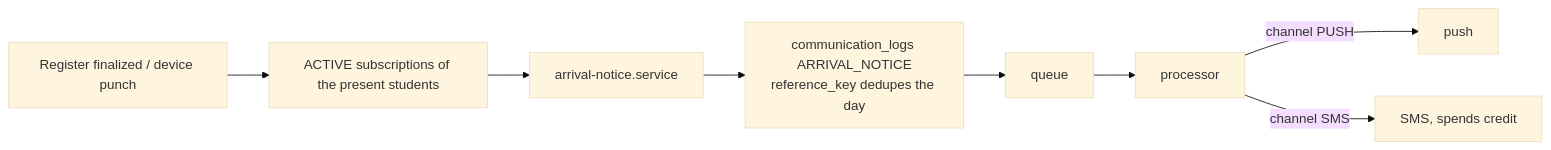
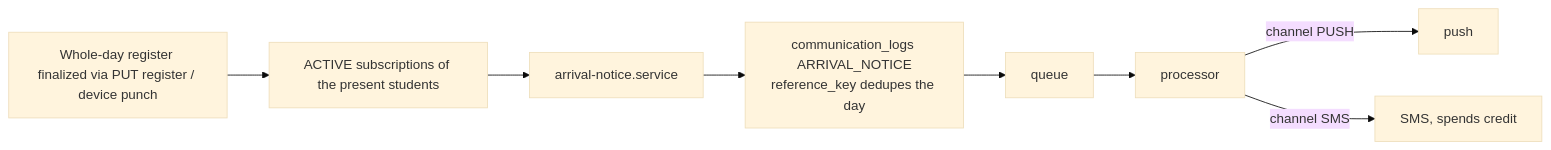
One commit to tareq89/biddaloy changed diagram 12 of 13 in docs/architecture/11-attendance.md. Above: the diagram before and after it, drawn with Mermaid (base theme). The commit also changed other lines of this file and 9 other files, not shown here.

````diff
--- a/docs/architecture/11-attendance.md
+++ b/docs/architecture/11-attendance.md
@@ -844,10 +844,10 @@
 ```mermaid
 flowchart LR
-  R[Register finalized / device punch] --> S[ACTIVE subscriptions of the present students]
+  R[Whole-day register finalized via PUT register / device punch] --> S[ACTIVE subscriptions of the present students]
   S --> N[arrival-notice.service]
   N --> L[communication_logs ARRIVAL_NOTICE<br/>reference_key dedupes the day]
   L --> Q[queue]
   Q --> W[processor]
   W -->|channel PUSH| P[push]
   W -->|channel SMS| M[SMS, spends credit]
 ```
````
